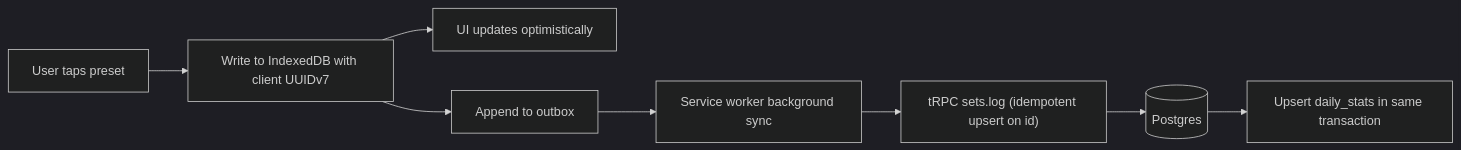
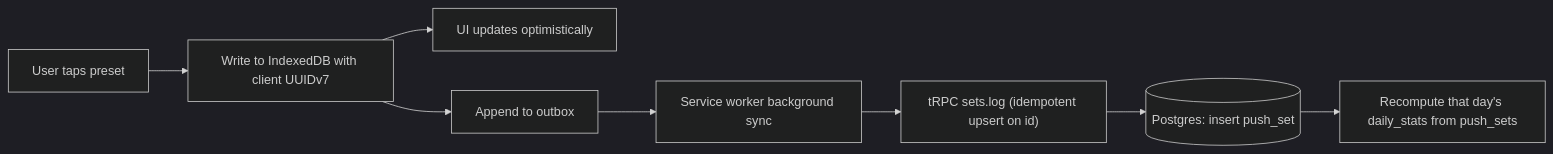
One commit to nkrishnasridhar/drop-and-give-me-50 changed the first of 2 diagrams in docs/architecture.md. Above: the diagram before and after it, drawn with Mermaid (dark theme). The commit also changed other lines of this file and 26 other files, not shown here.

First line of the commit message:
Implement push-up variation seeding script and API routes

````diff
--- a/docs/architecture.md
+++ b/docs/architecture.md
@@ -55,10 +55,10 @@
 ```mermaid
 flowchart LR
   Tap[User taps preset] --> Local[Write to IndexedDB with client UUIDv7]
   Local --> UI[UI updates optimistically]
   Local --> Outbox[Append to outbox]
   Outbox --> SW[Service worker background sync]
   SW --> API["tRPC sets.log (idempotent upsert on id)"]
-  API --> PG[(Postgres)]
-  PG --> Roll[Upsert daily_stats in same transaction]
+  API --> PG[(Postgres: insert push_set)]
+  PG --> Roll[Recompute that day's daily_stats from push_sets]
 ```
````
